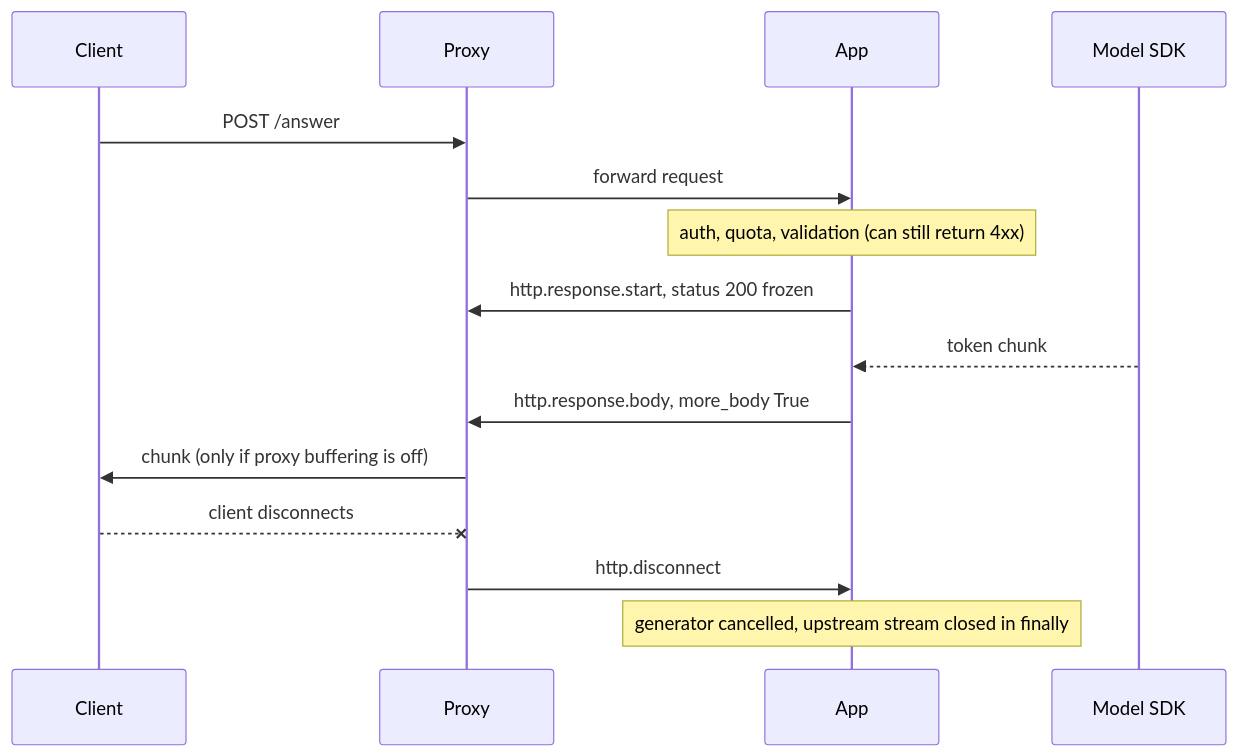
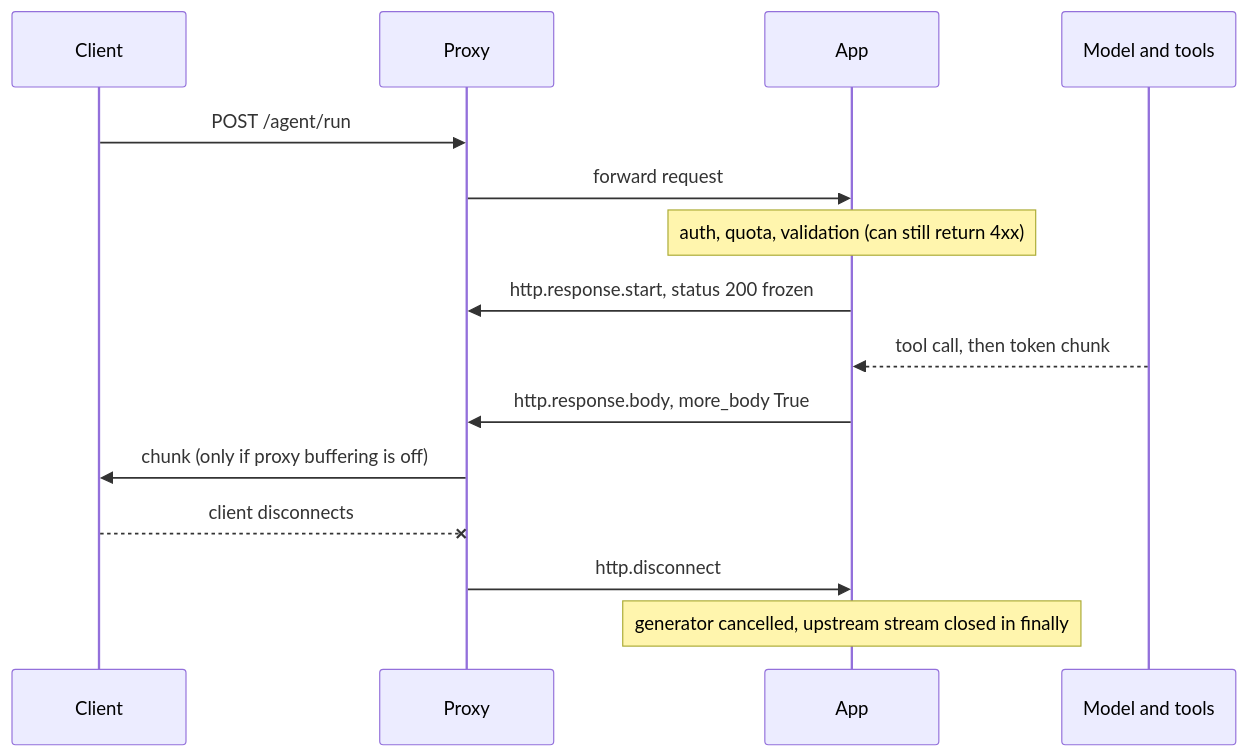
Before and after one commit to lovishmahajan97/agentic-learning: the diagram in content/fastapi-for-ai/streamingresponse.md, drawn with Mermaid. The commit also changed other lines of this file and 2 other files, not shown here.

````diff
--- a/content/fastapi-for-ai/streamingresponse.md
+++ b/content/fastapi-for-ai/streamingresponse.md
@@ -133,17 +165,17 @@
 ```mermaid
 sequenceDiagram
     participant C as Client
     participant P as Proxy
     participant A as App
-    participant M as Model SDK
-    C->>P: POST /answer
+    participant M as Model and tools
+    C->>P: POST /agent/run
     P->>A: forward request
     Note over A: auth, quota, validation (can still return 4xx)
     A->>P: http.response.start, status 200 frozen
-    M-->>A: token chunk
+    M-->>A: tool call, then token chunk
     A->>P: http.response.body, more_body True
     P->>C: chunk (only if proxy buffering is off)
     C--xP: client disconnects
     P->>A: http.disconnect
     Note over A: generator cancelled, upstream stream closed in finally
 ```
````
